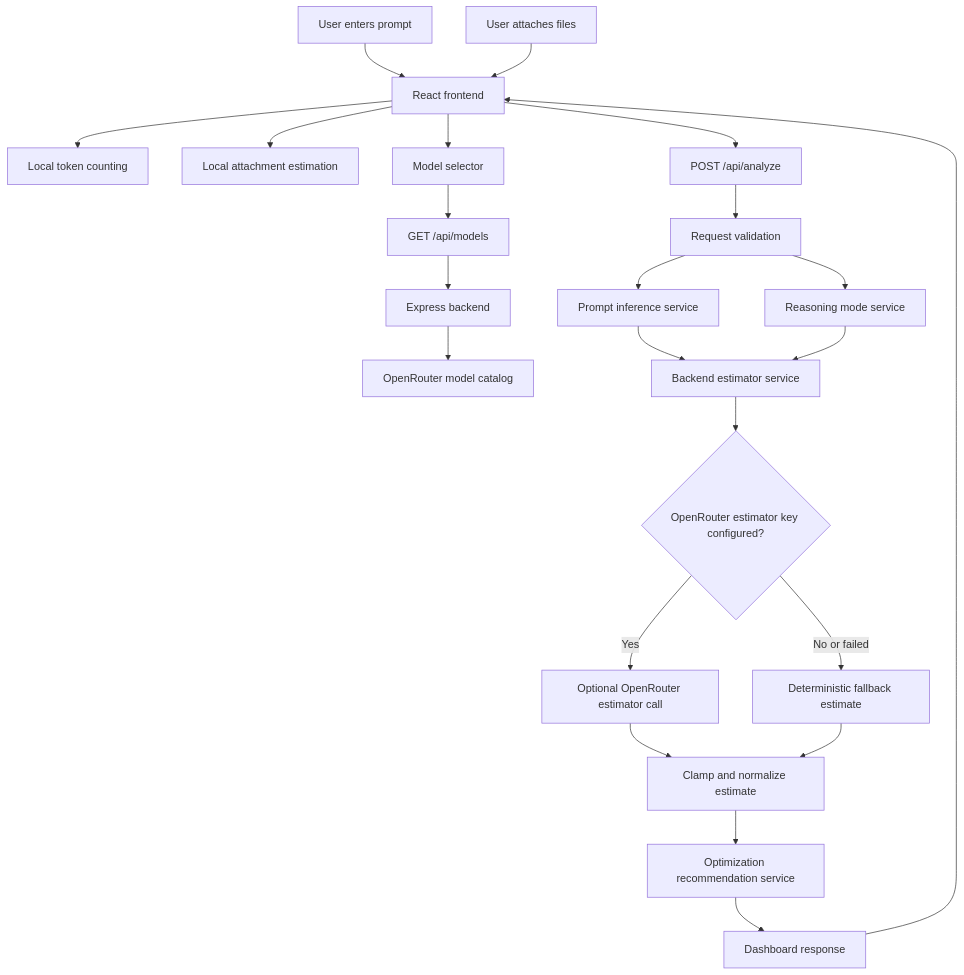
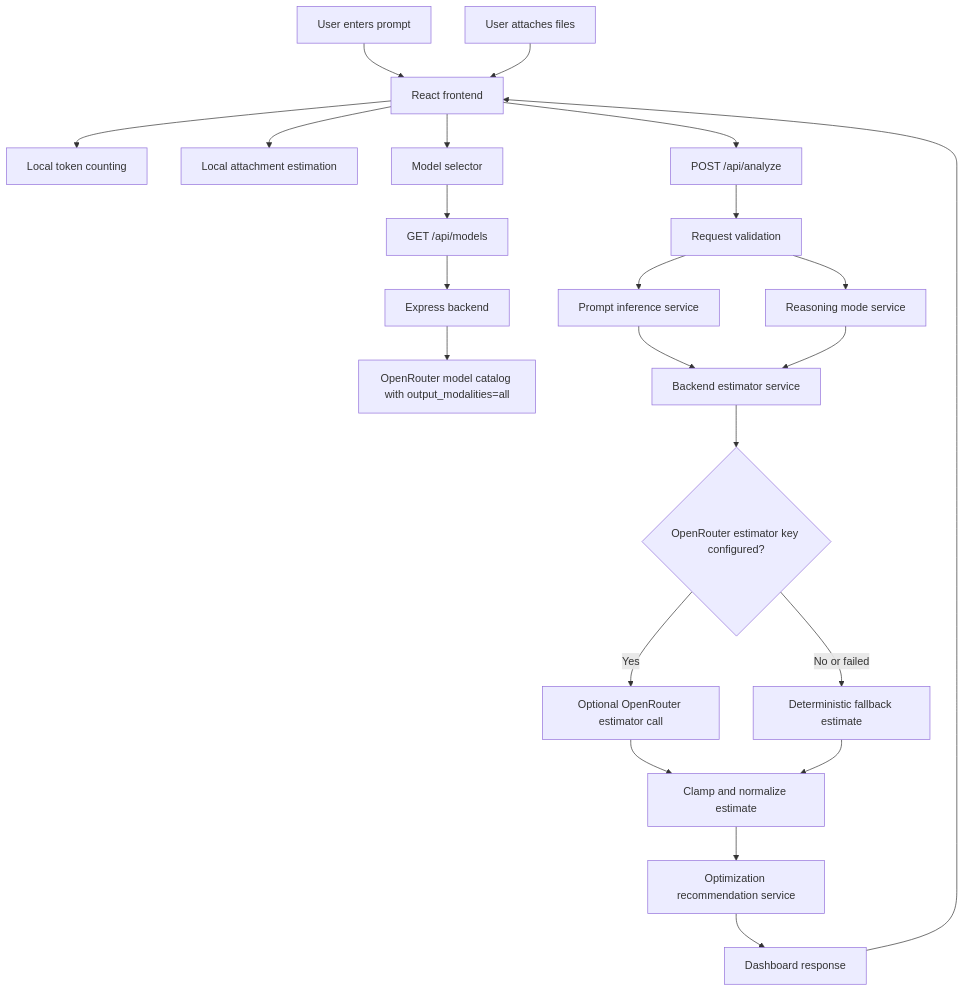
The diagram in TOKENOPTIMIZER_PRD.md (saurabhpat/token-optimizer), drawn with Mermaid before and after one commit. The commit also changed other lines of this file and 7 other files, not shown here.

Commit message:
Refresh OpenRouter model catalog flow

````diff
--- a/TOKENOPTIMIZER_PRD.md
+++ b/TOKENOPTIMIZER_PRD.md
@@ -320,25 +321,25 @@
 ```mermaid
 flowchart TD
     A["User enters prompt"] --> B["React frontend"]
     C["User attaches files"] --> B
     B --> D["Local token counting"]
     B --> E["Local attachment estimation"]
     B --> F["Model selector"]
     F --> G["GET /api/models"]
     G --> H["Express backend"]
-    H --> I["OpenRouter model catalog"]
+    H --> I["OpenRouter model catalog with output_modalities=all"]
     B --> J["POST /api/analyze"]
     J --> K["Request validation"]
     K --> L["Prompt inference service"]
     K --> M["Reasoning mode service"]
     L --> N["Backend estimator service"]
     M --> N
     N --> O{"OpenRouter estimator key configured?"}
     O -->|"Yes"| P["Optional OpenRouter estimator call"]
     O -->|"No or failed"| Q["Deterministic fallback estimate"]
     P --> R["Clamp and normalize estimate"]
     Q --> R
     R --> S["Optimization recommendation service"]
     S --> T["Dashboard response"]
     T --> B
 ```
````
